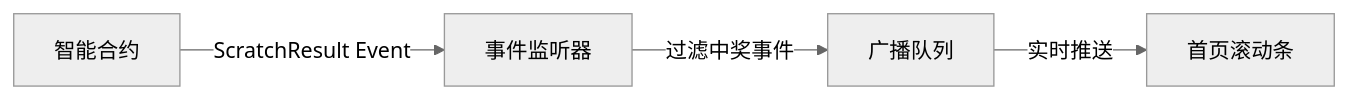
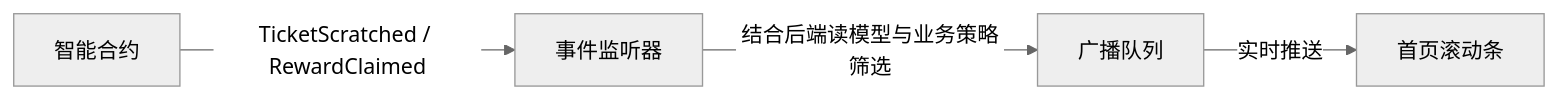
One commit to BreakOrbit/LuckyScratch changed the fifth of 7 diagrams in doc/detailed-design.md. Above: the diagram before and after it, drawn with Mermaid (neutral theme). The commit also changed other lines of this file and 42 other files, not shown here.

````diff
--- a/doc/detailed-design.md
+++ b/doc/detailed-design.md
@@ -887,6 +896,6 @@
 ```mermaid
 graph LR
-    A[智能合约] -->|ScratchResult Event| B[事件监听器]
-    B -->|过滤中奖事件| C[广播队列]
+    A[智能合约] -->|TicketScratched / RewardClaimed| B[事件监听器]
+    B -->|结合后端读模型与业务策略筛选| C[广播队列]
     C -->|实时推送| D[首页滚动条]
 ```
````
